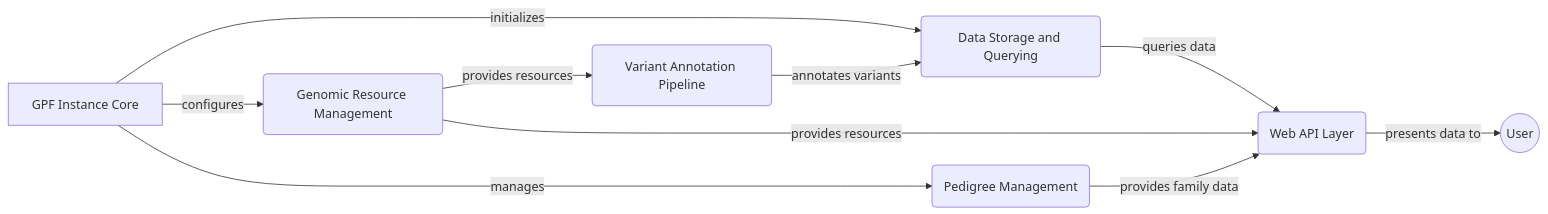
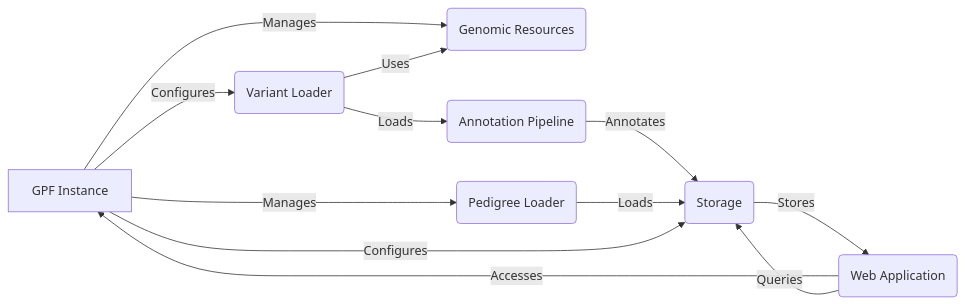
One commit to CodeBoarding/GeneratedOnBoardings changed the diagram in gpf/on_boarding.md. Above: the diagram before and after it, drawn with Mermaid. The commit also changed other lines of this file and 13 other files, not shown here.

````diff
--- a/gpf/on_boarding.md
+++ b/gpf/on_boarding.md
@@ -7,19 +5,23 @@
 ```mermaid
 graph LR
-    A["GPF Instance Core"] -- initializes --> B("Data Storage and Querying")
-    A -- configures --> C("Genomic Resource Management")
-    C -- provides resources --> D("Variant Annotation Pipeline")
-    A -- manages --> E("Pedigree Management")
-    B -- queries data --> F("Web API Layer")
-    C -- provides resources --> F
-    D -- annotates variants --> B
-    E -- provides family data --> F
-    F -- presents data to --> G((User))
+    A[GPF Instance] -- Manages --> B(Genomic Resources)
+    A -- Manages --> C(Pedigree Loader)
+    A -- Configures --> D(Variant Loader)
+    D -- Uses --> B
+    D -- Loads --> E(Annotation Pipeline)
+    E -- Annotates --> F(Storage)
+    C -- Loads --> F
+    A -- Configures --> F
+    F -- Stores --> G(Web Application)
+    G -- Accesses --> A
+    G -- Queries --> F
 
-click A href "https://github.com/CodeBoarding/GeneratedOnBoardings/blob/main/gpf//GPF Instance Core.md"
-click B href "https://github.com/CodeBoarding/GeneratedOnBoardings/blob/main/gpf//Data Storage and Querying.md"
-click C href "https://github.com/CodeBoarding/GeneratedOnBoardings/blob/main/gpf//Genomic Resource Management.md"
-click D href "https://github.com/CodeBoarding/GeneratedOnBoardings/blob/main/gpf//Variant Annotation Pipeline.md"
-click E href "https://github.com/CodeBoarding/GeneratedOnBoardings/blob/main/gpf//Pedigree Management.md"
-click F href "https://github.com/CodeBoarding/GeneratedOnBoardings/blob/main/gpf//Web API Layer.md"
+click A href "https://github.com/CodeBoarding/GeneratedOnBoardings/blob/main/gpf//GPF%20Instance.md"
+click B href "https://github.com/CodeBoarding/GeneratedOnBoardings/blob/main/gpf//Genomic%20Resources.md"
+click C href "https://github.com/CodeBoarding/GeneratedOnBoardings/blob/main/gpf//Pedigree%20Loader.md"
+click D href "https://github.com/CodeBoarding/GeneratedOnBoardings/blob/main/gpf//Variant%20Loader.md"
+click E href "https://github.com/CodeBoarding/GeneratedOnBoardings/blob/main/gpf//Annotation%20Pipeline.md"
+click F href "https://github.com/CodeBoarding/GeneratedOnBoardings/blob/main/gpf//Storage.md"
+click G href "https://github.com/CodeBoarding/GeneratedOnBoardings/blob/main/gpf//Web%20Application.md"
+
 ```
````
